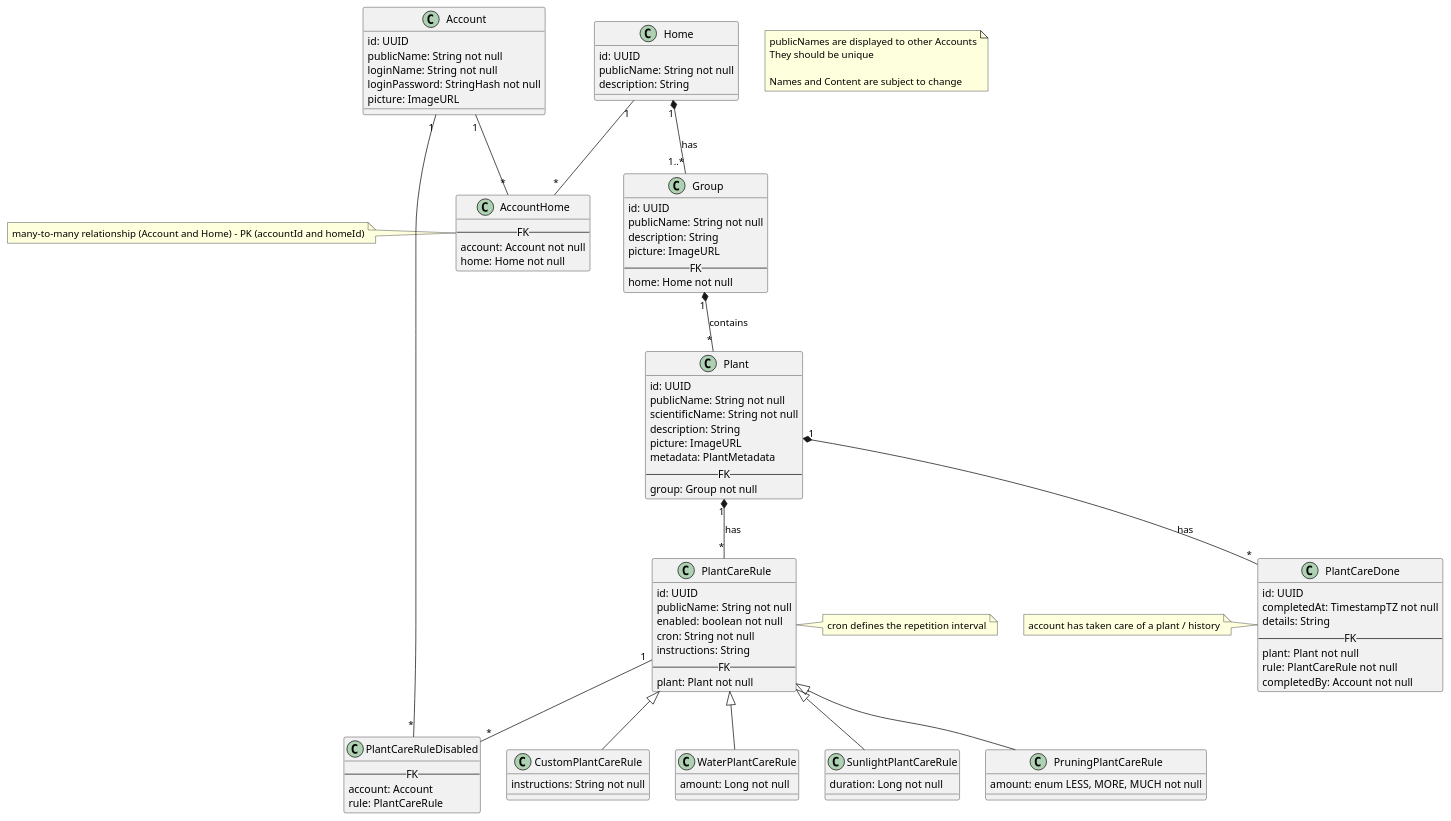
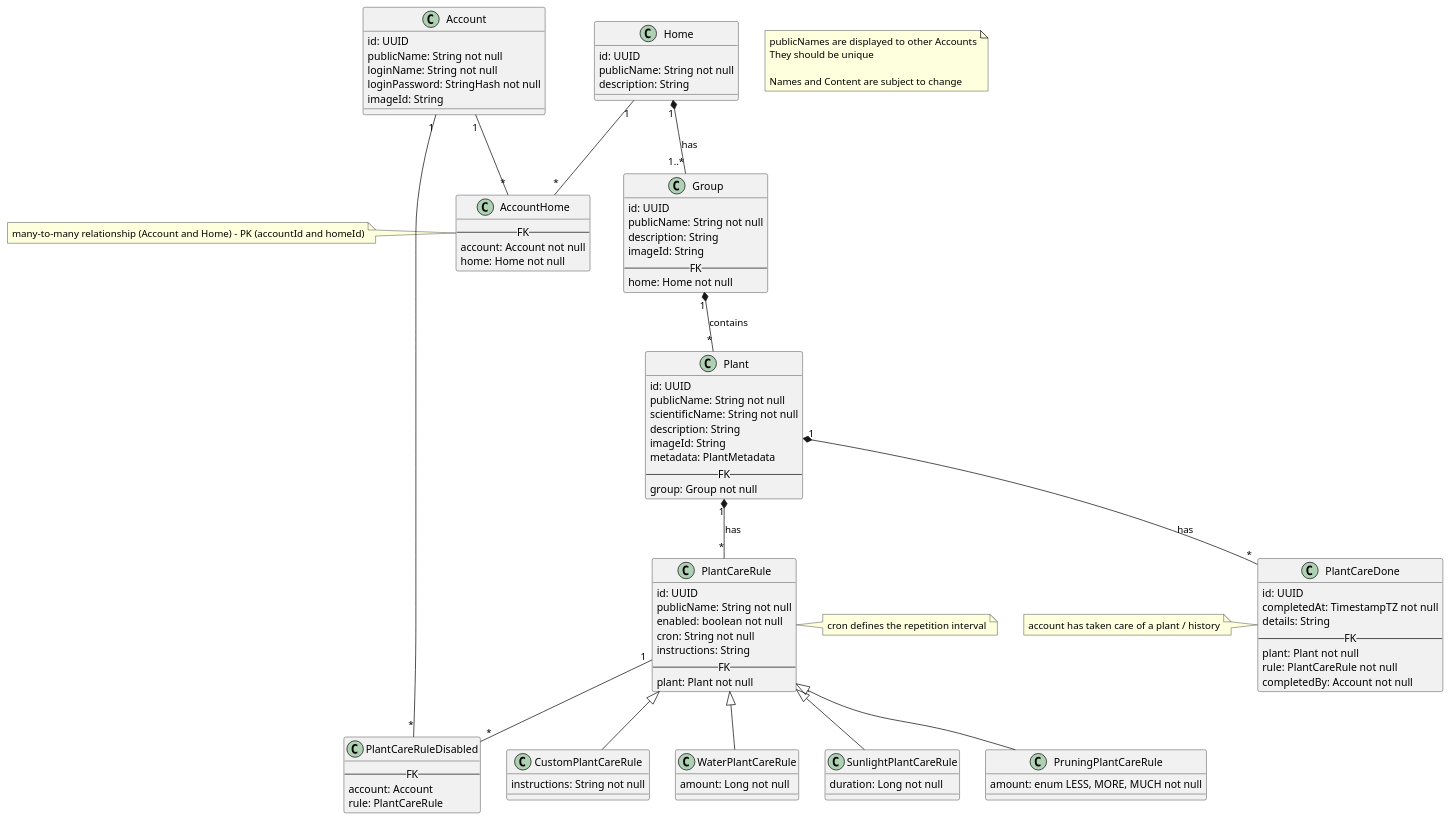
The diagram in docs/ERM.puml (DaniyarSabirov/powerplants), drawn with PlantUML before and after one commit. The commit also changed 1 other file, not shown here.

```diff
--- a/docs/ERM.puml
+++ b/docs/ERM.puml
@@ -1,109 +1,109 @@
 @startuml
 note as N1
   publicNames are displayed to other Accounts
   They should be unique
 
   Names and Content are subject to change
 end note
 
 class Account {
   id: UUID
   publicName: String not null
   loginName: String not null
   loginPassword: StringHash not null
-  picture: ImageURL
+  imageId: String
 }
 
 class Home {
   id: UUID
   publicName: String not null
   description: String
 }
 
 class AccountHome {
   -- FK --
   account: Account not null
   home: Home not null
 }
 note left: many-to-many relationship (Account and Home) - PK (accountId and homeId)
 
 class Group {
   id: UUID
   publicName: String not null
   description: String
-  picture: ImageURL
+  imageId: String
   -- FK --
   home: Home not null
 }
 
 class Plant {
   id: UUID
   publicName: String not null
   scientificName: String not null
   description: String
-  picture: ImageURL
+  imageId: String
   metadata: PlantMetadata
   -- FK --
   group: Group not null
 }
 
 class PlantCareDone {
   id: UUID
   completedAt: TimestampTZ not null
   details: String
   -- FK --
   plant: Plant not null
   rule: PlantCareRule not null
   completedBy: Account not null
 }
 note left: account has taken care of a plant / history
 
 class PlantCareRule {
   id: UUID
   publicName: String not null
   enabled: boolean not null
   cron: String not null
   instructions: String
   -- FK --
   plant: Plant not null
 }
 note right: cron defines the repetition interval
 
 class CustomPlantCareRule {
   instructions: String not null
 }
 
 class WaterPlantCareRule {
   amount: Long not null
 }
 
 class SunlightPlantCareRule {
   duration: Long not null
 }
 
 class PruningPlantCareRule {
   amount: enum LESS, MORE, MUCH not null
 }
 
 class PlantCareRuleDisabled {
   -- FK --
   account: Account
   rule: PlantCareRule
 }
 
 Account "1" -- "*" AccountHome
 Home "1" -- "*" AccountHome
 Home "1" *-- "1..*" Group : has
 Group "1" *-- "*" Plant : contains
 
 Plant "1" *-- "*" PlantCareDone : has
 Plant "1" *-- "*" PlantCareRule : has
 
 PlantCareRule <|-- CustomPlantCareRule
 PlantCareRule <|-- WaterPlantCareRule
 PlantCareRule <|-- SunlightPlantCareRule
 PlantCareRule <|-- PruningPlantCareRule
 
 Account "1" -- "*" PlantCareRuleDisabled
 PlantCareRule "1" -- "*" PlantCareRuleDisabled
 @enduml
```
